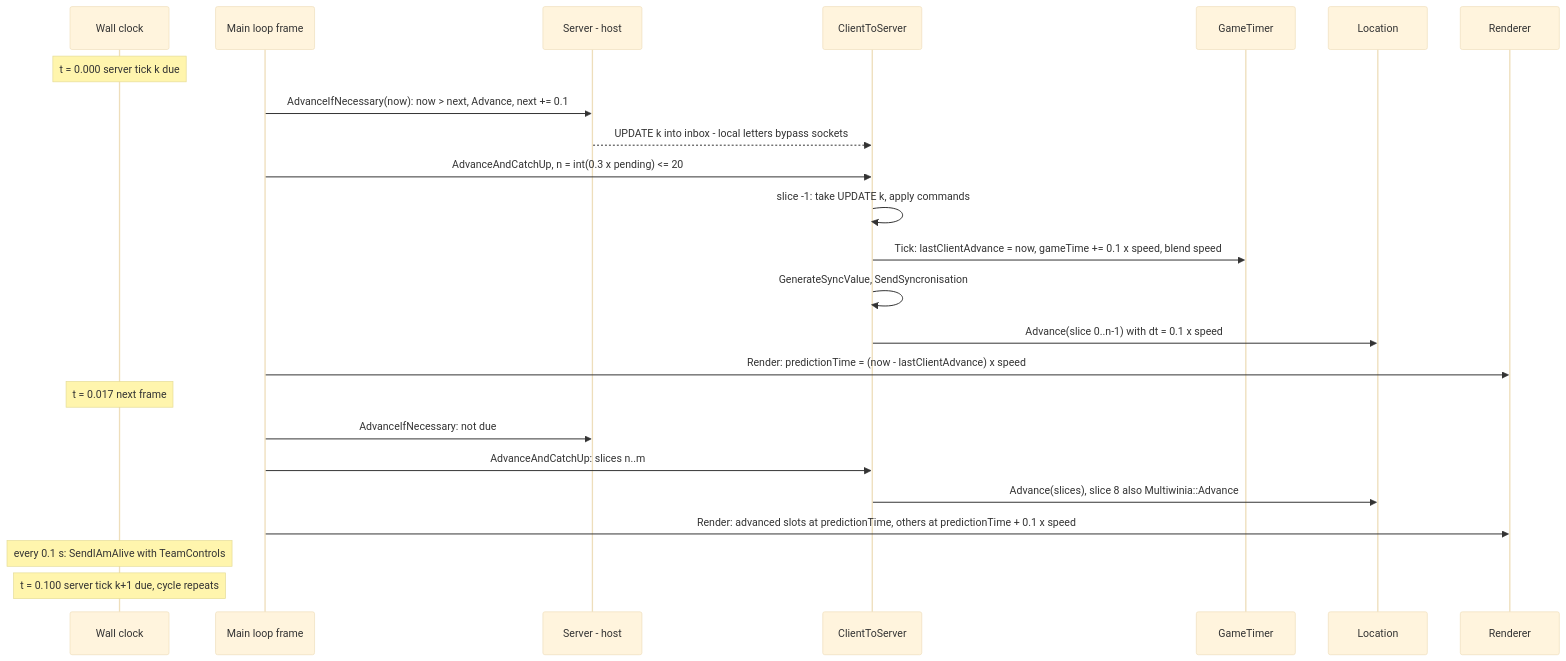
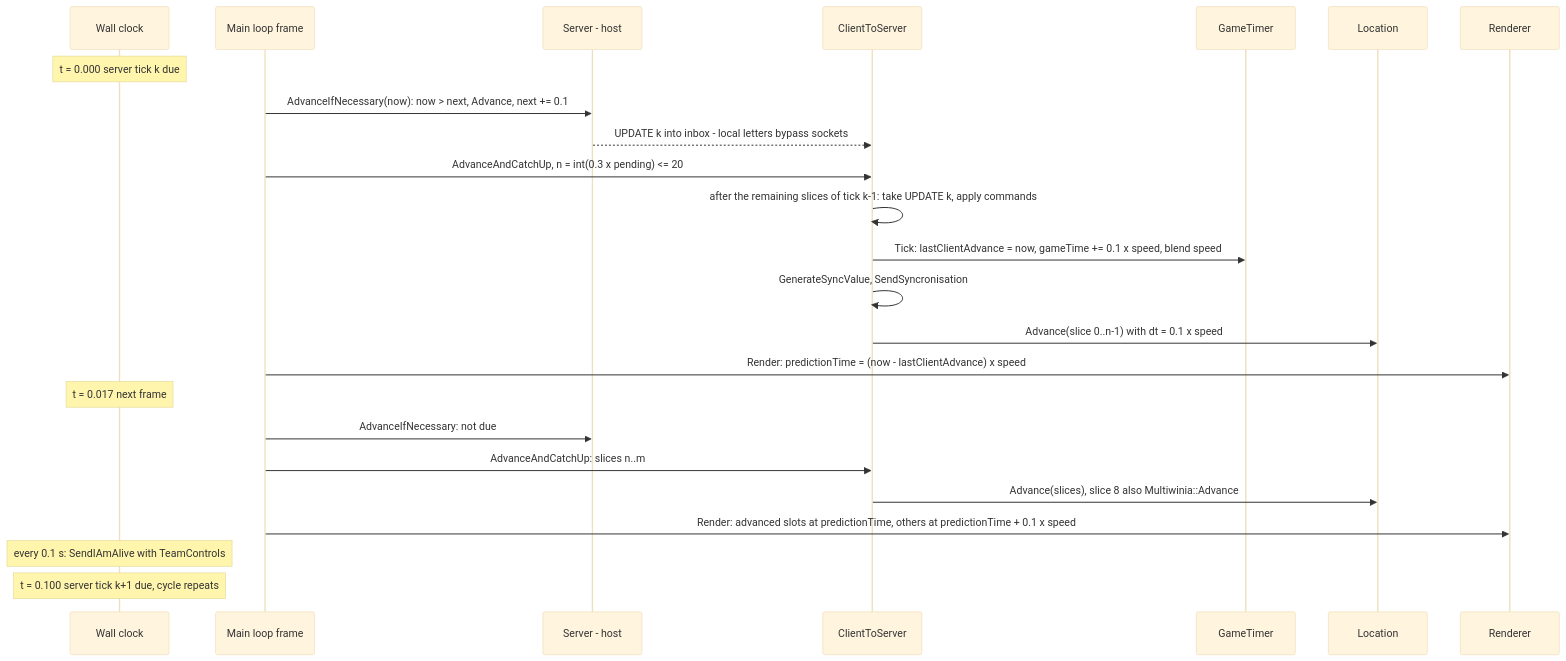
Before and after one commit to Zwaliebaba/Species.AI: the seventh of 8 diagrams in design/20_architecture.md, drawn with Mermaid (base theme). The commit also changed other lines of this file and 46 other files, not shown here.

First line of the commit message:
Add 23_terrain, 24_rendering, 28_ui_framework; Mermaid validator; Phase 2 complete

````diff
--- a/design/20_architecture.md
+++ b/design/20_architecture.md
@@ -1354,26 +1354,26 @@
 ```mermaid
 sequenceDiagram
   participant W as Wall clock
   participant M as Main loop frame
   participant S as Server - host
   participant C as ClientToServer
   participant G as GameTimer
   participant L as Location
   participant R as Renderer
   Note over W: t = 0.000 server tick k due
   M->>S: AdvanceIfNecessary(now): now > next, Advance, next += 0.1
   S-->>C: UPDATE k into inbox - local letters bypass sockets
   M->>C: AdvanceAndCatchUp, n = int(0.3 x pending) <= 20
-  C->>C: slice -1: take UPDATE k, apply commands
+  C->>C: after the remaining slices of tick k-1: take UPDATE k, apply commands
   C->>G: Tick: lastClientAdvance = now, gameTime += 0.1 x speed, blend speed
   C->>C: GenerateSyncValue, SendSyncronisation
   C->>L: Advance(slice 0..n-1) with dt = 0.1 x speed
   M->>R: Render: predictionTime = (now - lastClientAdvance) x speed
   Note over W: t = 0.017 next frame
   M->>S: AdvanceIfNecessary: not due
   M->>C: AdvanceAndCatchUp: slices n..m
   C->>L: Advance(slices), slice 8 also Multiwinia::Advance
   M->>R: Render: advanced slots at predictionTime, others at predictionTime + 0.1 x speed
   Note over W: every 0.1 s: SendIAmAlive with TeamControls
   Note over W: t = 0.100 server tick k+1 due, cycle repeats
 ```
````
